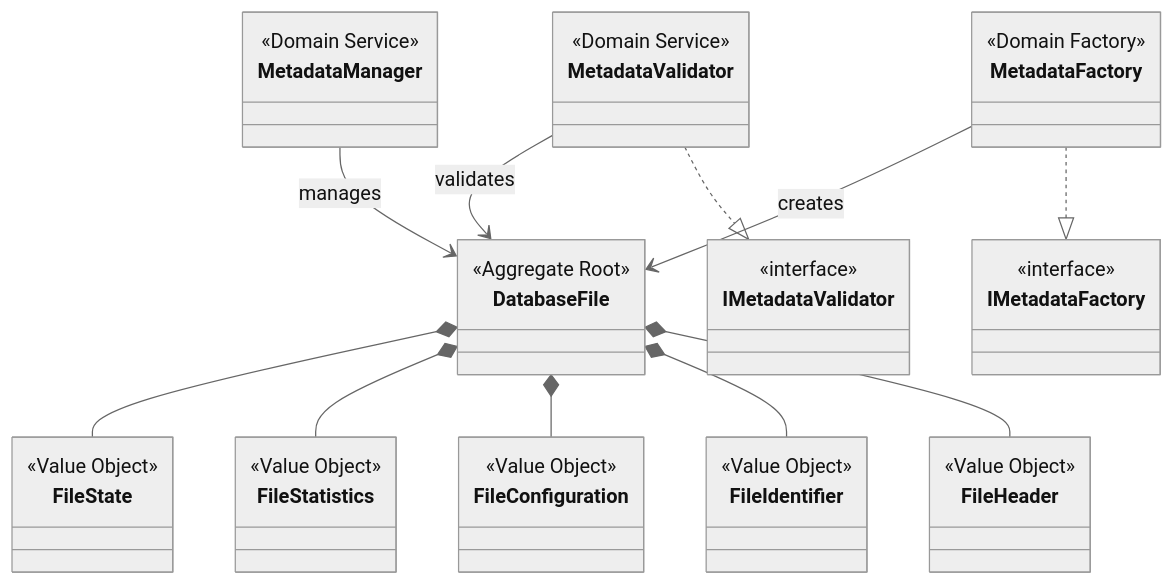
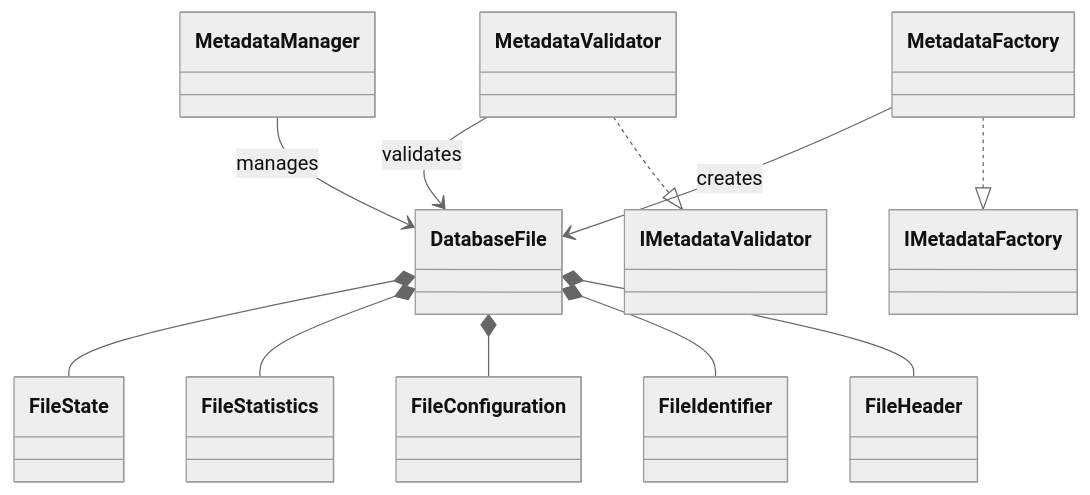
One commit to Huy1801214/dbms-architecture changed the diagram in docs/data-storage-and-access/file-management/file-metadata/class-diagram.md. Above: the diagram before and after it, drawn with Mermaid (neutral theme).

Commit message:
docs: add class diagram for file metadata architecture

````diff
--- a/docs/data-storage-and-access/file-management/file-metadata/class-diagram.md
+++ b/docs/data-storage-and-access/file-management/file-metadata/class-diagram.md
@@ -3,60 +3,60 @@
 ```mermaid
 classDiagram
 
 class DatabaseFile {
-    <<Aggregate Root>>
+    
 }
 
 class FileHeader {
-    <<Value Object>>
+    
 }
 
 class FileIdentifier {
-    <<Value Object>>
+   
 }
 
 class FileConfiguration {
-    <<Value Object>>
+    
 }
 
 class FileStatistics {
-    <<Value Object>>
+    
 }
 
 class FileState {
-    <<Value Object>>
+    
 }
 
 class MetadataManager {
-    <<Domain Service>>
+    
 }
 
 class MetadataFactory {
-    <<Domain Factory>>
+    
 }
 
 class MetadataValidator {
-    <<Domain Service>>
+    
 }
 
 class IMetadataFactory {
-    <<interface>>
+    
 }
 
 class IMetadataValidator {
-    <<interface>>
+    
 }
 
 DatabaseFile *-- FileHeader
 DatabaseFile *-- FileIdentifier
 DatabaseFile *-- FileConfiguration
 DatabaseFile *-- FileStatistics
 DatabaseFile *-- FileState
 
 MetadataFactory ..|> IMetadataFactory
 MetadataValidator ..|> IMetadataValidator
 
 MetadataFactory --> DatabaseFile : creates
 MetadataManager --> DatabaseFile : manages
 MetadataValidator --> DatabaseFile : validates
 ```
````
